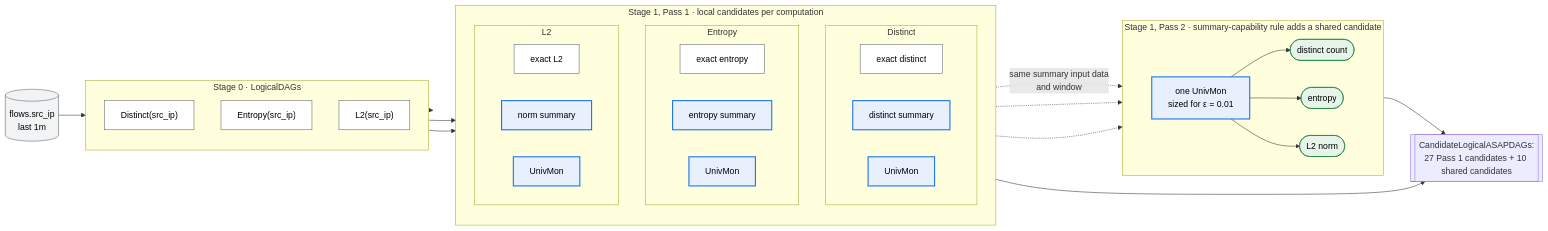
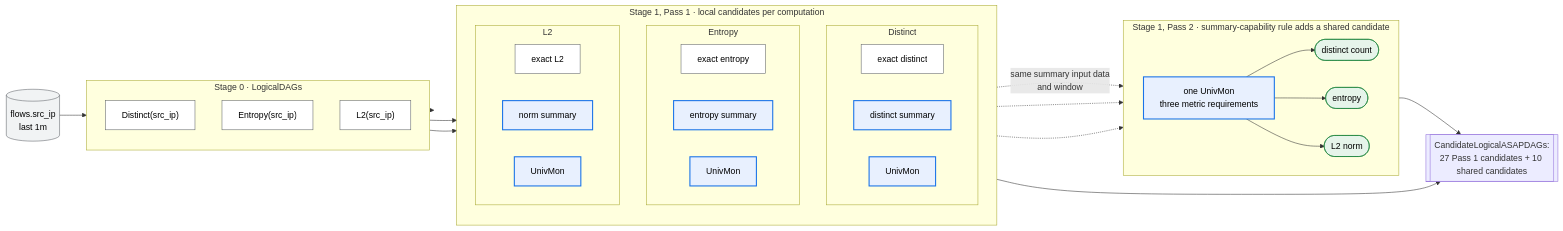
The second of 7 diagrams in docs/design_docs/proposals/planner-layering.md (ProjectASAP/ASAPPlanner), drawn with Mermaid before and after one commit. The commit also changed other lines of this file, not shown here.

````diff
--- a/docs/design_docs/proposals/planner-layering.md
+++ b/docs/design_docs/proposals/planner-layering.md
@@ -647,57 +422,57 @@
 ```mermaid
 flowchart LR
   in[("flows.src_ip<br/>last 1m")]:::data
 
   subgraph P0["Stage 0 · LogicalDAGs"]
     direction TB
     q1["Distinct(src_ip)"]:::exact
     q2["Entropy(src_ip)"]:::exact
     q3["L2(src_ip)"]:::exact
   end
 
   subgraph P1["Stage 1, Pass 1 · local candidates per computation"]
     direction TB
     subgraph D["Distinct"]
       direction LR
       d0["exact distinct"]:::exact
       d1["distinct summary"]:::summary
       d2["UnivMon"]:::summary
     end
     subgraph E["Entropy"]
       direction LR
       e0["exact entropy"]:::exact
       e1["entropy summary"]:::summary
       e2["UnivMon"]:::summary
     end
     subgraph L["L2"]
       direction LR
       l0["exact L2"]:::exact
       l1["norm summary"]:::summary
       l2["UnivMon"]:::summary
     end
   end
 
   subgraph P2["Stage 1, Pass 2 · summary-capability rule adds a shared candidate"]
     direction LR
-    u["one UnivMon<br/>sized for ε = 0.01"]:::summary
+    u["one UnivMon<br/>three metric requirements"]:::summary
     u --> rd(["distinct count"]):::estimate
     u --> re(["entropy"]):::estimate
     u --> rl(["L2 norm"]):::estimate
   end
 
   in --> P0
   q1 --> D
   q2 --> E
   q3 --> L
   d2 -. "same summary input data<br/>and window" .-> u
   e2 -.-> u
   l2 -.-> u
 
   OUT[["CandidateLogicalASAPDAGs:<br/>27 Pass 1 candidates + 10 shared candidates"]]
   P1 --> OUT
   P2 --> OUT
   classDef data fill:#f1f3f4,stroke:#5f6368,color:#000;
   classDef exact fill:#fff,stroke:#5f6368,color:#000;
   classDef summary fill:#e8f0fe,stroke:#1a73e8,stroke-width:2px,color:#000;
   classDef estimate fill:#e6f4ea,stroke:#188038,color:#000;
 ```
````
